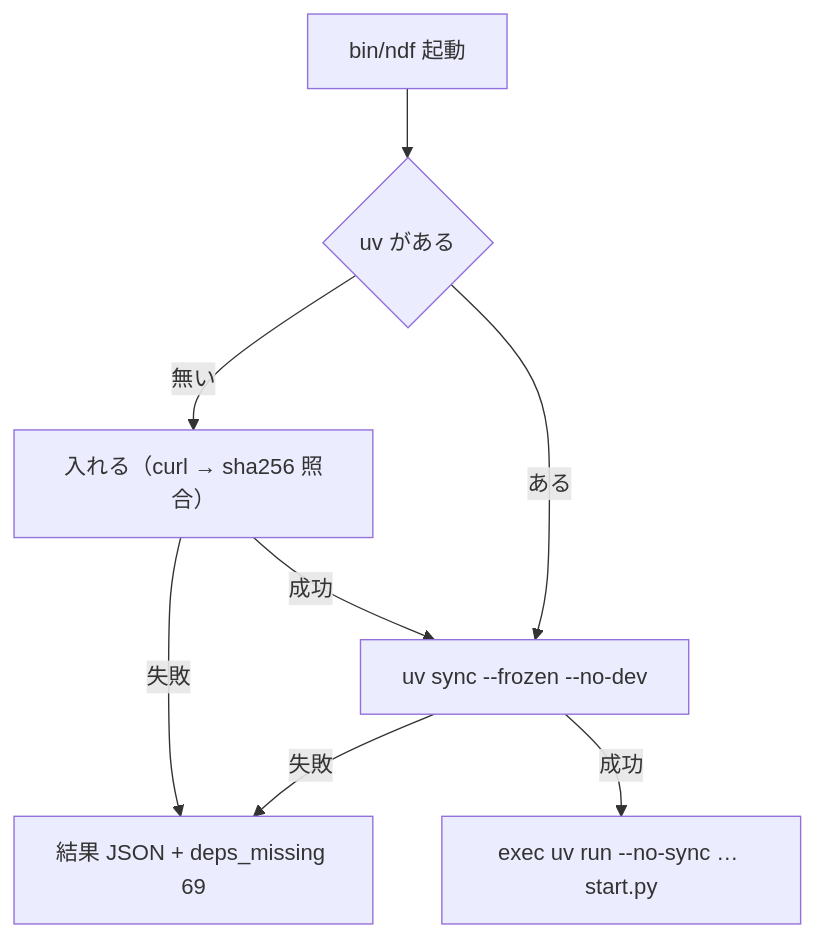
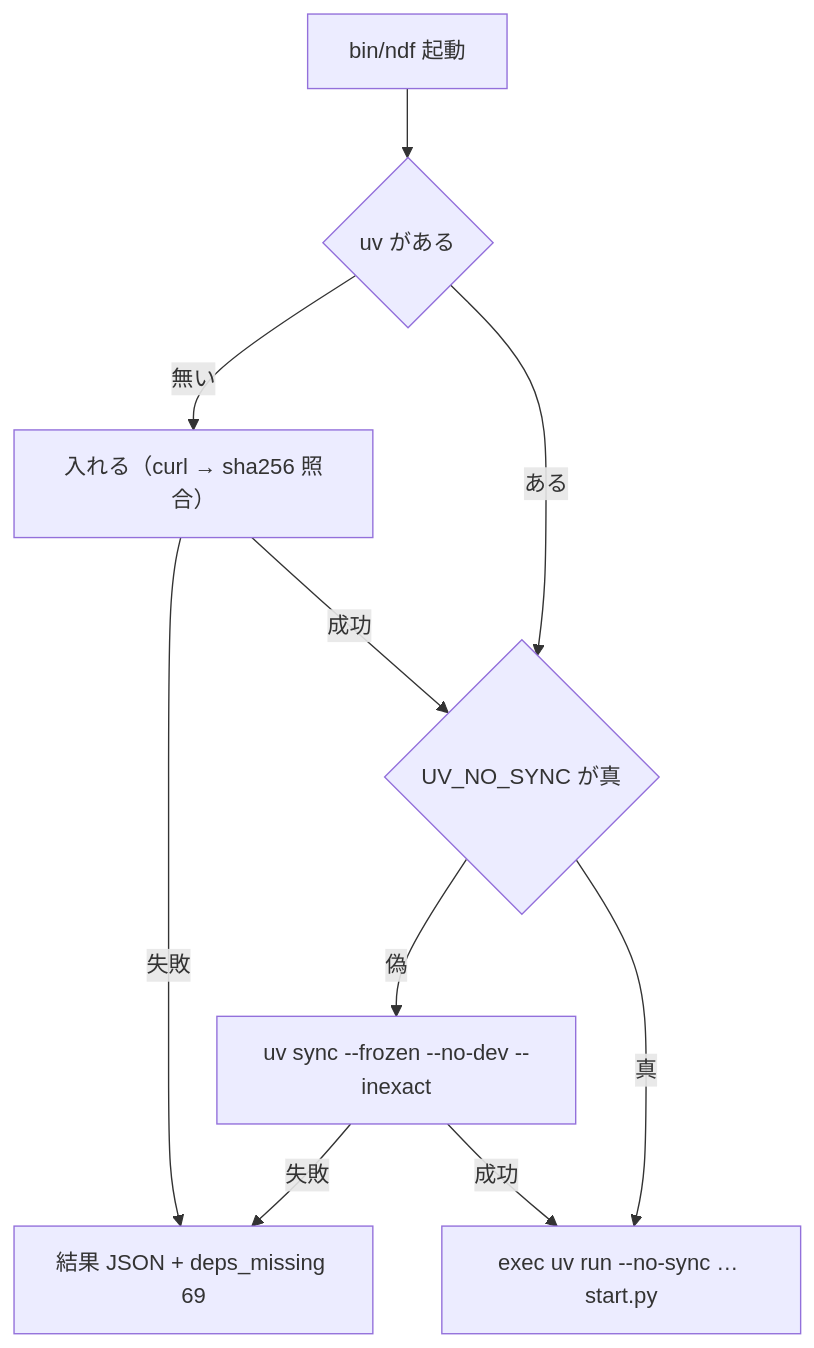
The fifth of 5 diagrams in issues/issue-3687-design.md (devbasex/ai-plugins), drawn with Mermaid before and after one commit. The commit also changed 3 other files, not shown here.

First line of the commit message:
Docs: #3687 設計と計画に同期の --inexact と UV_NO_SYNC の分岐を書く

````diff
--- a/issues/issue-3687-design.md
+++ b/issues/issue-3687-design.md
@@ -289,10 +289,12 @@
 ```mermaid
 flowchart TB
   S["bin/ndf 起動"] --> U{"uv がある"}
   U -->|無い| I["入れる（curl → sha256 照合）"]
   I -->|失敗| E["結果 JSON + deps_missing 69"]
-  U -->|ある| Y["uv sync --frozen --no-dev"]
-  I -->|成功| Y
+  U -->|ある| N{"UV_NO_SYNC が真"}
+  I -->|成功| N
+  N -->|偽| Y["uv sync --frozen --no-dev --inexact"]
+  N -->|真| X
   Y -->|失敗| E
   Y -->|成功| X["exec uv run --no-sync … start.py"]
 ```
````
